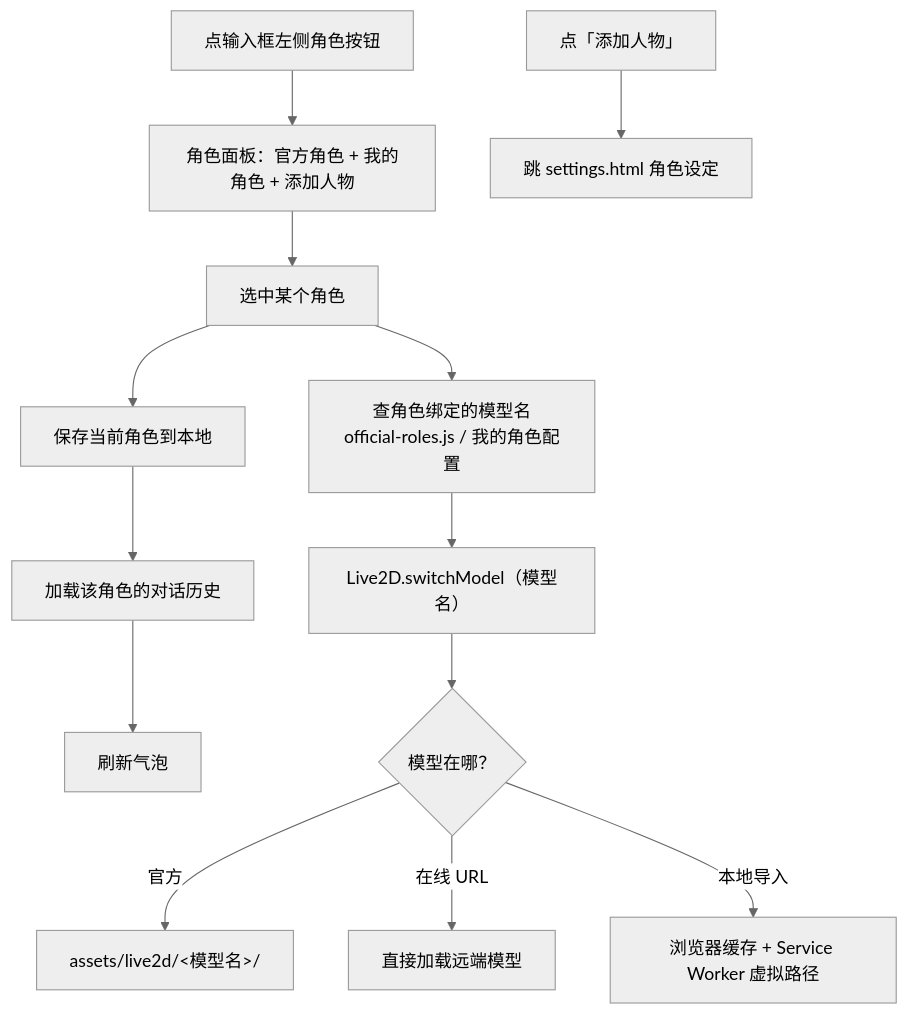
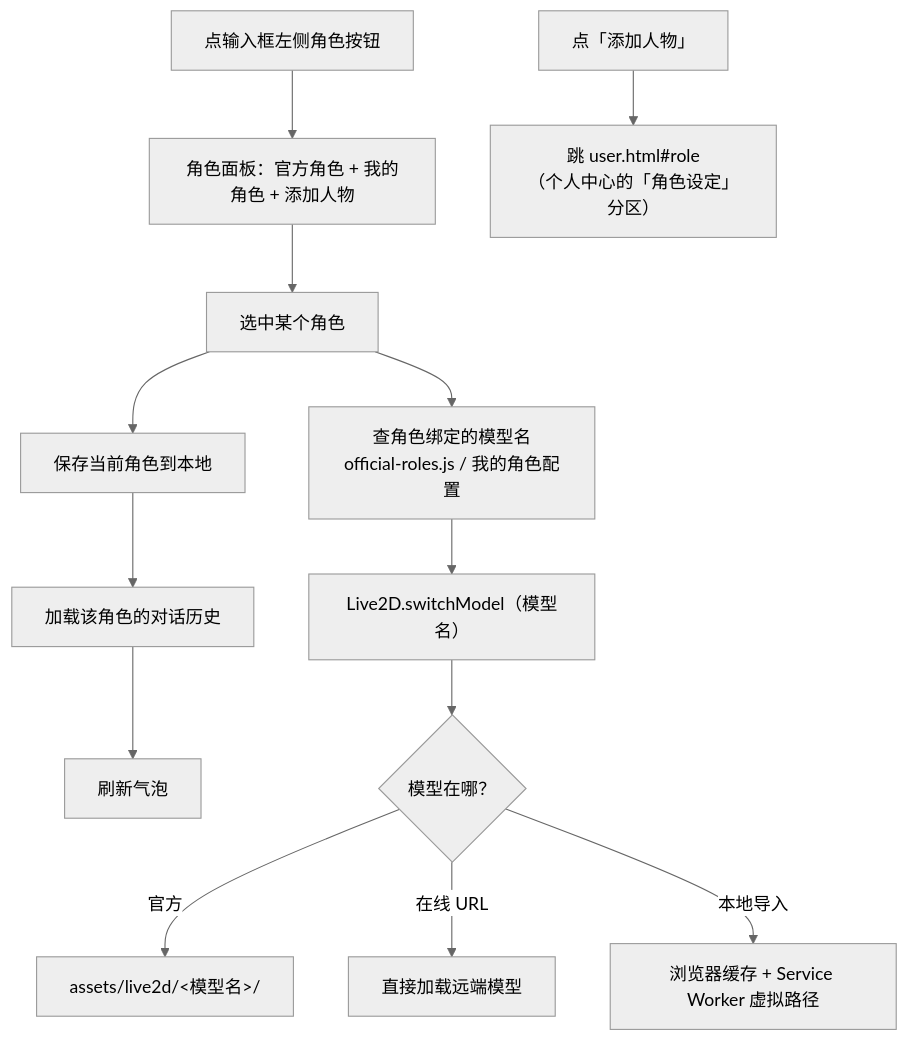
One commit to xiaoxingyuemiao/xingyue changed the fifth of 9 diagrams in docs/05-网站流程图.md. Above: the diagram before and after it, drawn with Mermaid (neutral theme). The commit also changed other lines of this file and 6 other files, not shown here.

Commit message:
docs: 按代码校准 02/05/06/07 等文档 —— settings.html 已删、uid 1000~3000 顺序分配、秘钥可勾选加密上云、注销已实测正常；docs/08 登记本批已修项

````diff
--- a/docs/05-网站流程图.md
+++ b/docs/05-网站流程图.md
@@ -144,16 +171,16 @@
 ```mermaid
 flowchart TD
     A["点输入框左侧角色按钮"] --> B["角色面板：官方角色 + 我的角色 + 添加人物"]
     B --> C["选中某个角色"]
     C --> D["保存当前角色到本地"]
     D --> E["加载该角色的对话历史"]
     E --> F["刷新气泡"]
     C --> G["查角色绑定的模型名<br/>official-roles.js / 我的角色配置"]
     G --> H["Live2D.switchModel（模型名）"]
     H --> I{"模型在哪？"}
     I -->|官方| J["assets/live2d/&lt;模型名&gt;/"]
     I -->|在线 URL| K["直接加载远端模型"]
     I -->|本地导入| L["浏览器缓存 + Service Worker 虚拟路径"]
 
-    M["点「添加人物」"] --> N["跳 settings.html 角色设定"]
+    M["点「添加人物」"] --> N["跳 user.html#role<br/>（个人中心的「角色设定」分区）"]
 ```
````
